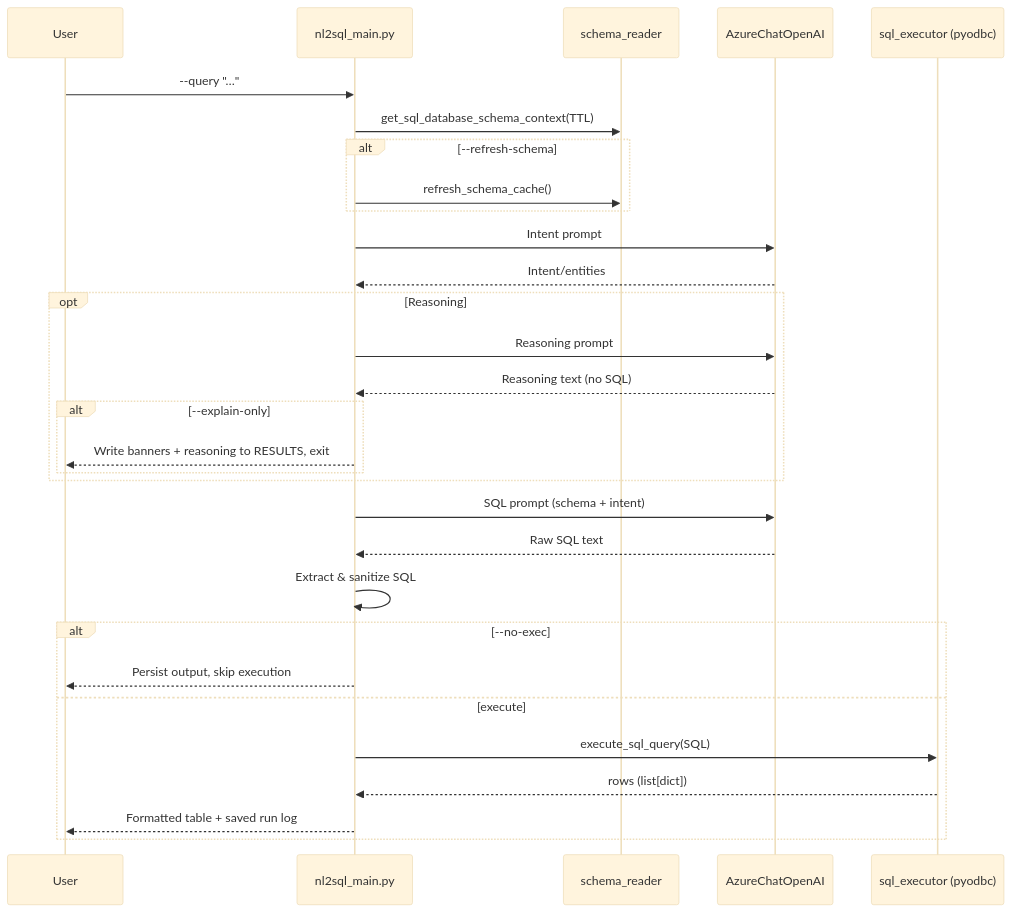
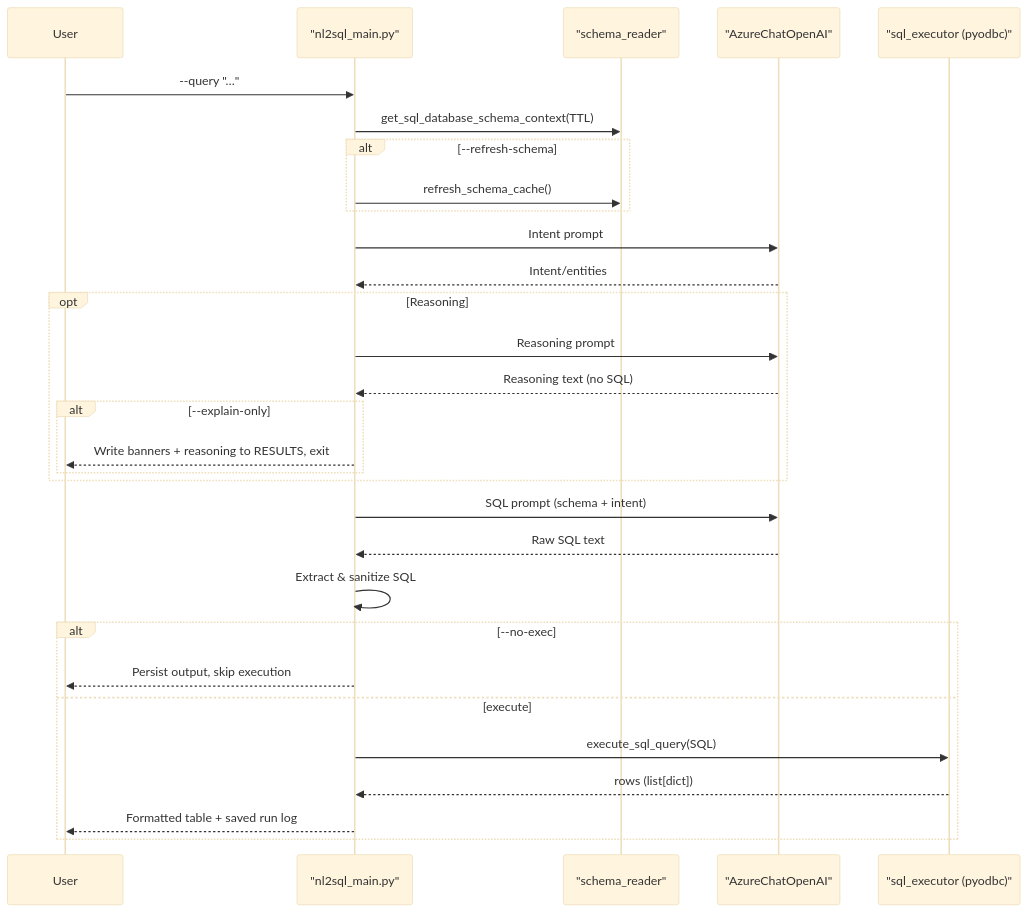
Before and after one commit to Arturo-Quiroga-MSFT/AQ-NEW-NL2SQL: the second of 3 diagrams in docs/NL2SQL_PIPELINE_FLOW.md, drawn with Mermaid (base theme). The commit also changed other lines of this file, not shown here.

Commit message:
fixed mermaid diagrams

````diff
--- a/docs/NL2SQL_PIPELINE_FLOW.md
+++ b/docs/NL2SQL_PIPELINE_FLOW.md
@@ -54,36 +54,36 @@
 ```mermaid
 sequenceDiagram
   participant User
-  participant CLI as nl2sql_main.py
-  participant Schema as schema_reader
-  participant LLM as AzureChatOpenAI
-  participant SQL as sql_executor (pyodbc)
+  participant CLI as "nl2sql_main.py"
+  participant Schema as "schema_reader"
+  participant LLM as "AzureChatOpenAI"
+  participant SQL as "sql_executor (pyodbc)"
 
   User->>CLI: --query "…"
   CLI->>Schema: get_sql_database_schema_context(TTL)
   alt --refresh-schema
     CLI->>Schema: refresh_schema_cache()
   end
   CLI->>LLM: Intent prompt
   LLM-->>CLI: Intent/entities
 
   opt Reasoning
     CLI->>LLM: Reasoning prompt
     LLM-->>CLI: Reasoning text (no SQL)
     alt --explain-only
       CLI-->>User: Write banners + reasoning to RESULTS, exit
     end
   end
 
   CLI->>LLM: SQL prompt (schema + intent)
   LLM-->>CLI: Raw SQL text
   CLI->>CLI: Extract & sanitize SQL
 
   alt --no-exec
     CLI-->>User: Persist output, skip execution
   else execute
     CLI->>SQL: execute_sql_query(SQL)
     SQL-->>CLI: rows (list[dict])
     CLI-->>User: Formatted table + saved run log
   end
 ```
````
